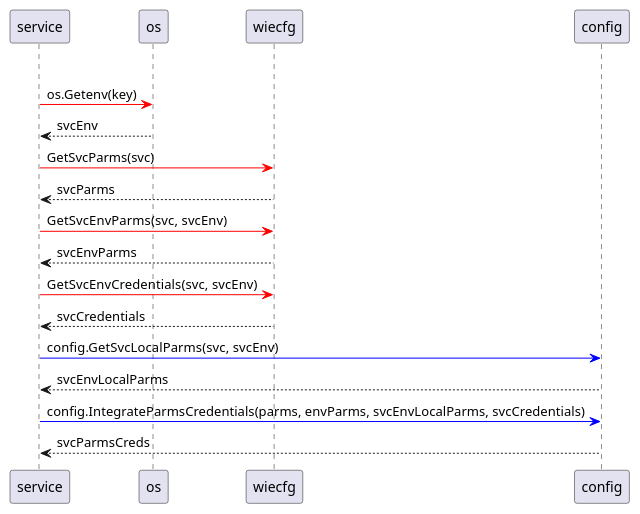
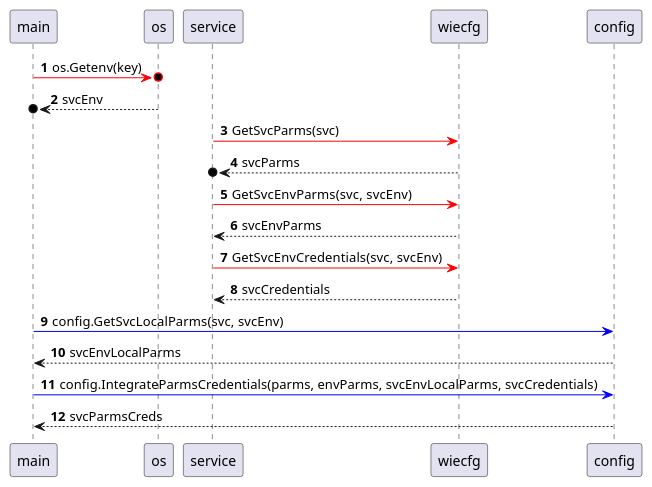
Before and after one commit to RodrigoMattosoSilveira/WorkIncomeExpenses: the diagram in docs/diagrams/src/config.puml, drawn with PlantUML. The commit also changed 2 other files, not shown here.

```diff
--- a/docs/diagrams/src/config.puml
+++ b/docs/diagrams/src/config.puml
@@ -1,21 +1,21 @@
 @startuml
-alt svcEnv 
+autonumber
 
-service -[#red]> os: os.Getenv(key)
-os --> service: svcEnv
+main -[#red]>o os: os.Getenv(key)
+os -->o main: svcEnv
 
 service -[#red]> wiecfg: GetSvcParms(svc)
-wiecfg --> service: svcParms
+wiecfg -->o service: svcParms
 
 service -[#red]> wiecfg: GetSvcEnvParms(svc,  svcEnv)
 wiecfg --> service: svcEnvParms
 
 service -[#red]> wiecfg: GetSvcEnvCredentials(svc,  svcEnv)
 wiecfg --> service: svcCredentials
 
-service -[#blue]> config: config.GetSvcLocalParms(svc,  svcEnv)
-config --> service: svcEnvLocalParms
+main -[#blue]> config: config.GetSvcLocalParms(svc,  svcEnv)
+config --> main: svcEnvLocalParms
 
-service -[#blue]> config: config.IntegrateParmsCredentials(parms,  envParms, svcEnvLocalParms, svcCredentials)
-config --> service: svcParmsCreds
+main -[#blue]> config: config.IntegrateParmsCredentials(parms,  envParms, svcEnvLocalParms, svcCredentials)
+config --> main: svcParmsCreds
 @enduml
```
